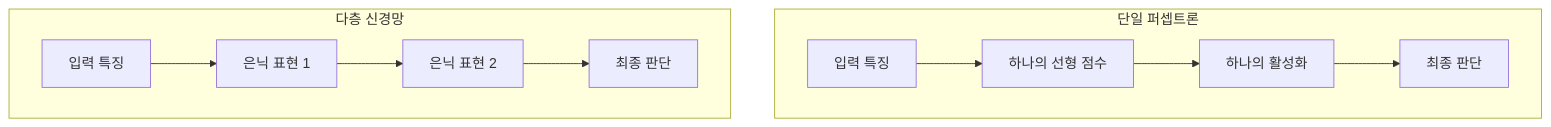
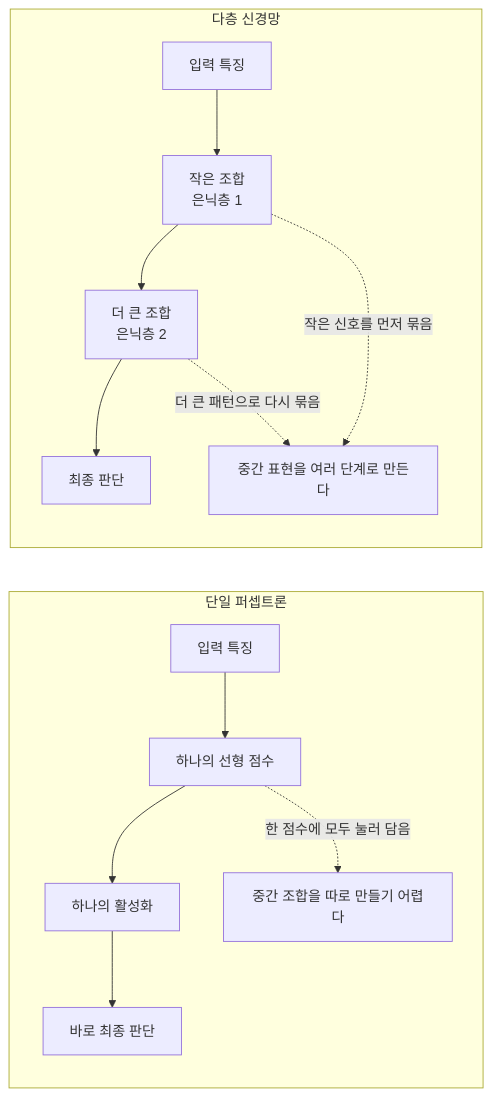
One commit to devchan64/AiBook changed the diagram in docs/assets/part-05/chapter-02/single-vs-multilayer-flow-ko.mmd. Above: the diagram before and after it, drawn with Mermaid. The commit also changed 51 other files, not shown here.

Commit message:
Update Part 5 learning support diagrams and notes

```diff
--- a/docs/assets/part-05/chapter-02/single-vs-multilayer-flow-ko.mmd
+++ b/docs/assets/part-05/chapter-02/single-vs-multilayer-flow-ko.mmd
@@ -1,16 +1,23 @@
-flowchart TB
+flowchart LR
   subgraph S["단일 퍼셉트론"]
+    direction TB
     S1["입력 특징"]
     S2["하나의 선형 점수"]
     S3["하나의 활성화"]
-    S4["최종 판단"]
+    S4["바로 최종 판단"]
+    SN["중간 조합을 따로 만들기 어렵다"]
     S1 --> S2 --> S3 --> S4
+    S2 -. 한 점수에 모두 눌러 담음 .-> SN
   end
 
   subgraph M["다층 신경망"]
+    direction TB
     M1["입력 특징"]
-    M2["은닉 표현 1"]
-    M3["은닉 표현 2"]
+    M2["작은 조합<br/>은닉층 1"]
+    M3["더 큰 조합<br/>은닉층 2"]
     M4["최종 판단"]
+    MN["중간 표현을 여러 단계로 만든다"]
     M1 --> M2 --> M3 --> M4
+    M2 -. 작은 신호를 먼저 묶음 .-> MN
+    M3 -. 더 큰 패턴으로 다시 묶음 .-> MN
   end
```
